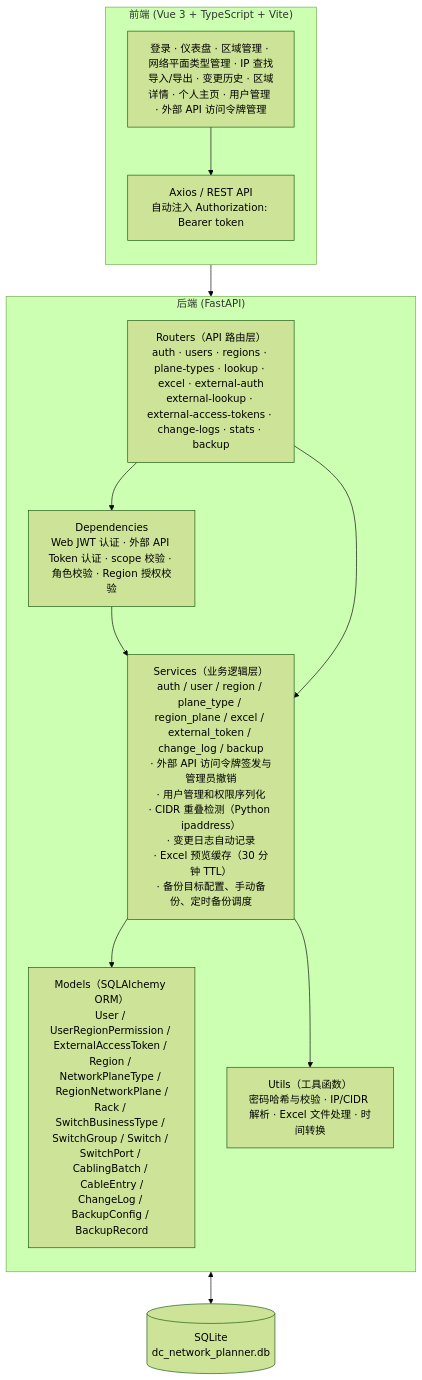
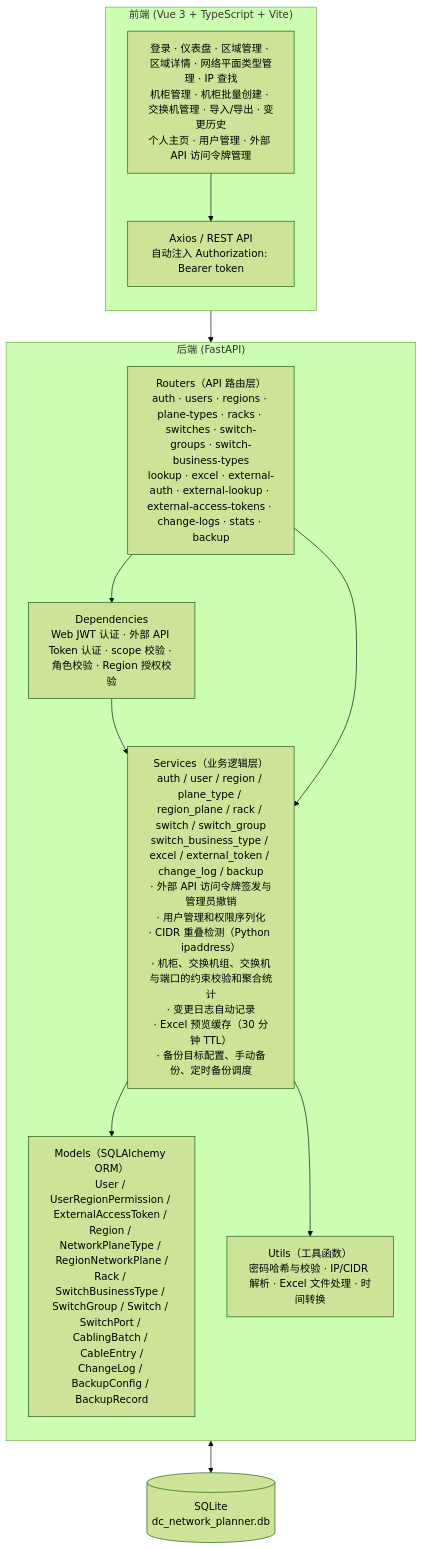
One commit to zhou-xingxing/dc-network-planner changed the first of 5 diagrams in SYSTEM_DESIGN.md. Above: the diagram before and after it, drawn with Mermaid (forest theme). The commit also changed other lines of this file and 44 other files, not shown here.

````diff
--- a/SYSTEM_DESIGN.md
+++ b/SYSTEM_DESIGN.md
@@ -41,27 +41,27 @@
 ```mermaid
 graph TB
     subgraph Frontend["前端 (Vue 3 + TypeScript + Vite)"]
         direction TB
-        FE_Pages["登录 · 仪表盘 · 区域管理 · 网络平面类型管理 · IP 查找<br/>导入/导出 · 变更历史 · 区域详情 · 个人主页 · 用户管理 · 外部 API 访问令牌管理"]
+        FE_Pages["登录 · 仪表盘 · 区域管理 · 区域详情 · 网络平面类型管理 · IP 查找<br/>机柜管理 · 机柜批量创建 · 交换机管理 · 导入/导出 · 变更历史<br/>个人主页 · 用户管理 · 外部 API 访问令牌管理"]
         FE_Axios["Axios / REST API<br/>自动注入 Authorization: Bearer token"]
         FE_Pages --> FE_Axios
     end
 
     subgraph Backend["后端 (FastAPI)"]
         direction TB
-        Routers["Routers（API 路由层）<br/>auth · users · regions · plane-types · lookup · excel · external-auth<br/>external-lookup · external-access-tokens · change-logs · stats · backup"]
+        Routers["Routers（API 路由层）<br/>auth · users · regions · plane-types · racks · switches · switch-groups · switch-business-types<br/>lookup · excel · external-auth · external-lookup · external-access-tokens · change-logs · stats · backup"]
         Deps["Dependencies<br/>Web JWT 认证 · 外部 API Token 认证 · scope 校验 · 角色校验 · Region 授权校验"]
-        Services["Services（业务逻辑层）<br/>auth / user / region / plane_type / region_plane / excel / external_token / change_log / backup<br/>· 外部 API 访问令牌签发与管理员撤销<br/>· 用户管理和权限序列化<br/>· CIDR 重叠检测（Python ipaddress）<br/>· 变更日志自动记录<br/>· Excel 预览缓存（30 分钟 TTL）<br/>· 备份目标配置、手动备份、定时备份调度"]
+        Services["Services（业务逻辑层）<br/>auth / user / region / plane_type / region_plane / rack / switch / switch_group<br/>switch_business_type / excel / external_token / change_log / backup<br/>· 外部 API 访问令牌签发与管理员撤销<br/>· 用户管理和权限序列化<br/>· CIDR 重叠检测（Python ipaddress）<br/>· 机柜、交换机组、交换机与端口的约束校验和聚合统计<br/>· 变更日志自动记录<br/>· Excel 预览缓存（30 分钟 TTL）<br/>· 备份目标配置、手动备份、定时备份调度"]
         Utils["Utils（工具函数）<br/>密码哈希与校验 · IP/CIDR 解析 · Excel 文件处理 · 时间转换"]
         Models["Models（SQLAlchemy ORM）<br/>User / UserRegionPermission / ExternalAccessToken / Region / NetworkPlaneType / RegionNetworkPlane /<br/>Rack / SwitchBusinessType / SwitchGroup / Switch / SwitchPort / CablingBatch / CableEntry /<br/>ChangeLog / BackupConfig / BackupRecord"]
         Routers --> Deps
         Deps --> Services
         Routers --> Services --> Models
         Services --> Utils
     end
 
     DB[("SQLite<br/>dc_network_planner.db")]
 
     FE_Axios --> Routers
     Models <--> DB
 ```
````
